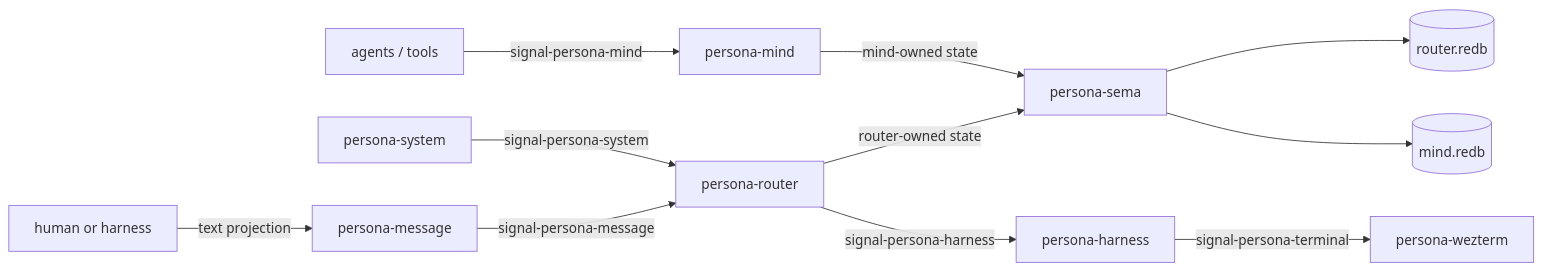
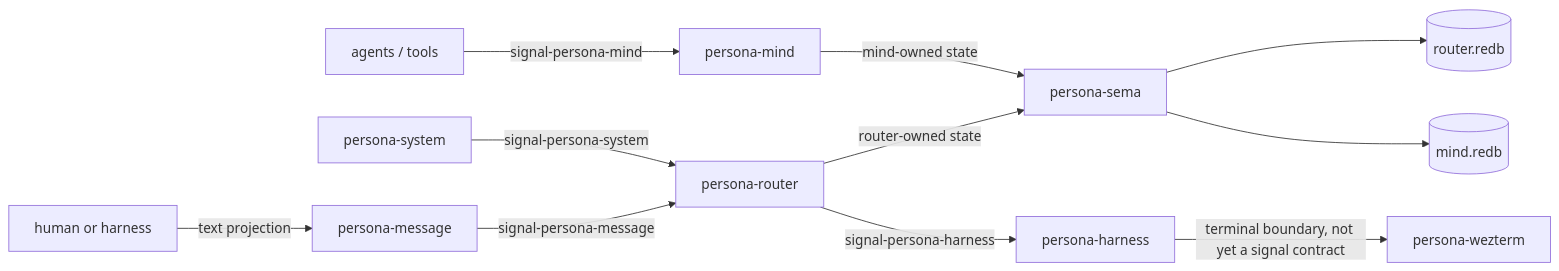
Before and after one commit to LiGoldragon/persona: the third of 4 diagrams in ARCHITECTURE.md, drawn with Mermaid. The commit also changed other lines of this file, not shown here.

Commit message:
docs: clarify persona contract boundaries

````diff
--- a/ARCHITECTURE.md
+++ b/ARCHITECTURE.md
@@ -137,13 +132,13 @@
 ```mermaid
 flowchart LR
     human["human or harness"] -->|text projection| message["persona-message"]
     message -->|signal-persona-message| router["persona-router"]
     router -->|router-owned state| sema["persona-sema"]
     sema --> router_database[("router.redb")]
     system["persona-system"] -->|signal-persona-system| router
     router -->|signal-persona-harness| harness["persona-harness"]
-    harness -->|signal-persona-terminal| wezterm["persona-wezterm"]
+    harness -->|terminal boundary, not yet a signal contract| wezterm["persona-wezterm"]
     agent_tools["agents / tools"] -->|signal-persona-mind| mind["persona-mind"]
     mind -->|mind-owned state| sema
     sema --> mind_database[("mind.redb")]
 ```
````
